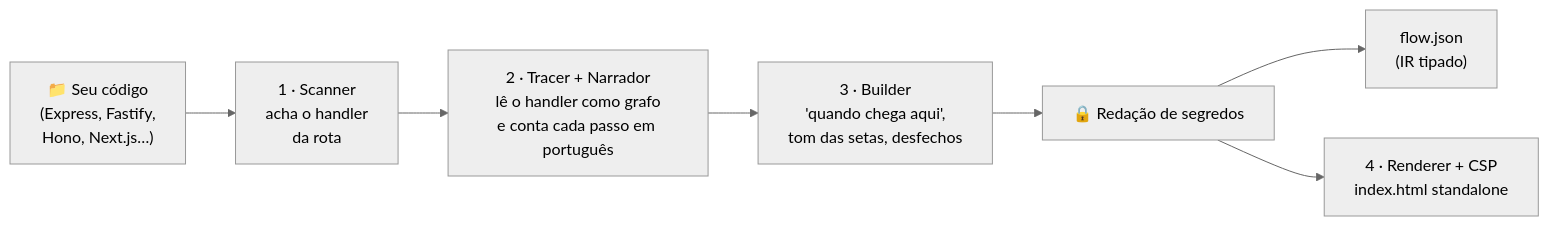
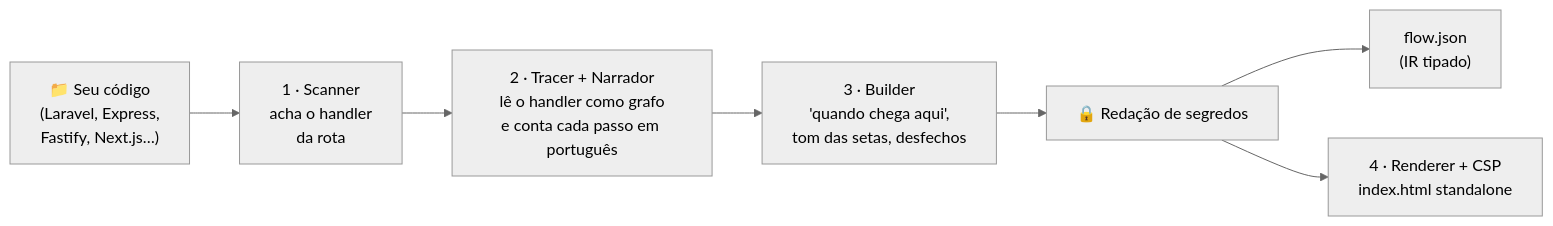
One commit to jadsgithub/flow-view changed the diagram in README.md. Above: the diagram before and after it, drawn with Mermaid (neutral theme). The commit also changed other lines of this file and 54 other files, not shown here.

Commit message:
feat: Laravel com fluxo fiel e diagrama legível Passport/escopos, FormRequest ramificado, status via config() e layout de header, cards e setas sem sobreposição.

````diff
--- a/README.md
+++ b/README.md
@@ -111,9 +200,9 @@
 ```mermaid
 flowchart LR
-  A["📁 Seu código<br/>(Express, Fastify,<br/>Hono, Next.js…)"] --> B["1 · Scanner<br/>acha o handler<br/>da rota"]
+  A["📁 Seu código<br/>(Laravel, Express,<br/>Fastify, Next.js…)"] --> B["1 · Scanner<br/>acha o handler<br/>da rota"]
   B --> C["2 · Tracer + Narrador<br/>lê o handler como grafo<br/>e conta cada passo em português"]
   C --> D["3 · Builder<br/>'quando chega aqui',<br/>tom das setas, desfechos"]
   D --> E["🔒 Redação de segredos"]
   E --> F["flow.json<br/>(IR tipado)"]
   E --> G["4 · Renderer + CSP<br/>index.html standalone"]
 ```
````
